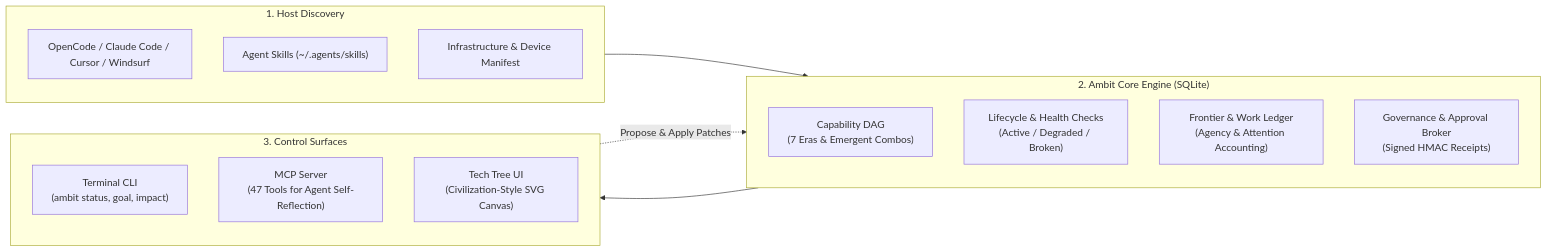
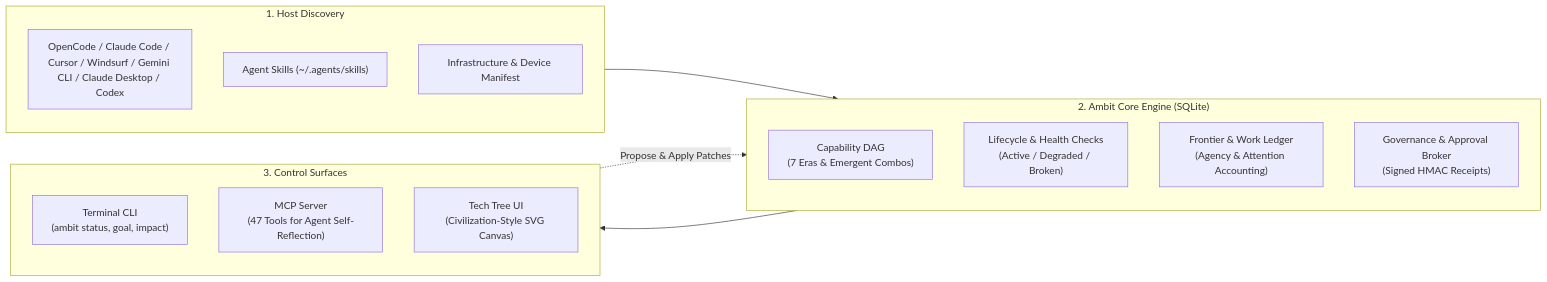
Before and after one commit to zz-plant/ambit: the first of 2 diagrams in README.md, drawn with Mermaid. The commit also changed other lines of this file and 3 other files, not shown here.

First line of the commit message:
feat(discovery): read Gemini CLI, Claude Desktop, and Codex CLI MCP configs

````diff
--- a/README.md
+++ b/README.md
@@ -54,25 +54,25 @@
 ```mermaid
 flowchart LR
     subgraph Discovery["1. Host Discovery"]
-        CFG["OpenCode / Claude Code / Cursor / Windsurf"]
+        CFG["OpenCode / Claude Code / Cursor / Windsurf / Gemini CLI / Claude Desktop / Codex"]
         SKILLS["Agent Skills (~/.agents/skills)"]
         INFRA["Infrastructure & Device Manifest"]
     end
 
     subgraph CoreEngine["2. Ambit Core Engine (SQLite)"]
         DAG["Capability DAG\n(7 Eras & Emergent Combos)"]
         ASSURE["Lifecycle & Health Checks\n(Active / Degraded / Broken)"]
         LEDGER["Frontier & Work Ledger\n(Agency & Attention Accounting)"]
         GOV["Governance & Approval Broker\n(Signed HMAC Receipts)"]
     end
 
     subgraph Surfaces["3. Control Surfaces"]
         CLI["Terminal CLI\n(ambit status, goal, impact)"]
         MCP["MCP Server\n(47 Tools for Agent Self-Reflection)"]
         WEB["Tech Tree UI\n(Civilization-Style SVG Canvas)"]
     end
 
     Discovery --> CoreEngine
     CoreEngine --> Surfaces
     Surfaces -.->|"Propose & Apply Patches"| CoreEngine
 ```
````
